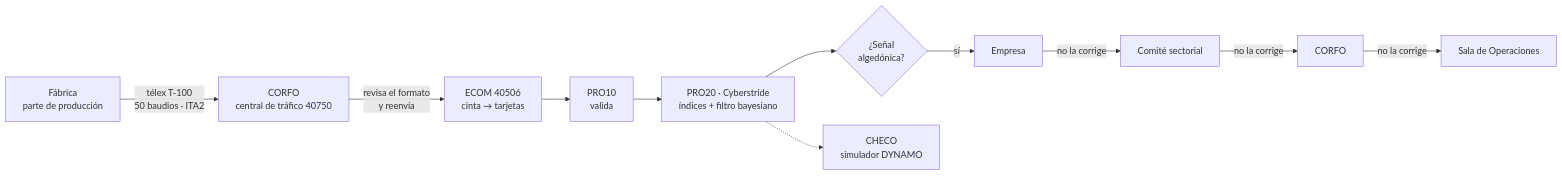
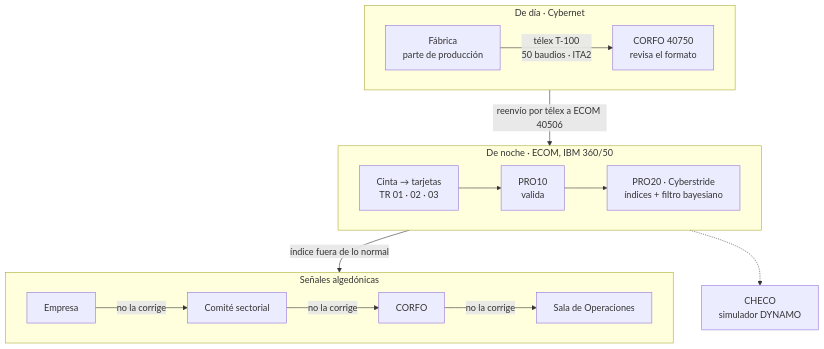
Before and after one commit to franciscoaldun/synco: the diagram in README.md, drawn with Mermaid.

Commit message:
README: diagrama del ciclo diario en tres filas para que se lea

````diff
--- a/README.md
+++ b/README.md
@@ -117,13 +117,18 @@
 ```mermaid
-flowchart LR
-    F["Fábrica<br/>parte de producción"] -- "télex T-100<br/>50 baudios · ITA2" --> C["CORFO<br/>central de tráfico 40750"]
-    C -- "revisa el formato<br/>y reenvía" --> E["ECOM 40506<br/>cinta → tarjetas"]
-    E --> P10["PRO10<br/>valida"]
-    P10 --> P20["PRO20 · Cyberstride<br/>índices + filtro bayesiano"]
-    P20 --> S{"¿Señal<br/>algedónica?"}
-    S -- "sí" --> N1["Empresa"]
-    N1 -- "no la corrige" --> N2["Comité sectorial"]
-    N2 -- "no la corrige" --> N3["CORFO"]
-    N3 -- "no la corrige" --> N4["Sala de Operaciones"]
-    P20 -.-> CH["CHECO<br/>simulador DYNAMO"]
+flowchart TD
+    subgraph D1 ["De día · Cybernet"]
+        direction LR
+        F["Fábrica<br/>parte de producción"] -- "télex T-100<br/>50 baudios · ITA2" --> C["CORFO 40750<br/>revisa el formato"]
+    end
+    subgraph D2 ["De noche · ECOM, IBM 360/50"]
+        direction LR
+        E["Cinta → tarjetas<br/>TR 01 · 02 · 03"] --> P10["PRO10<br/>valida"] --> P20["PRO20 · Cyberstride<br/>índices + filtro bayesiano"]
+    end
+    subgraph D3 ["Señales algedónicas"]
+        direction LR
+        N1["Empresa"] -- "no la corrige" --> N2["Comité sectorial"] -- "no la corrige" --> N3["CORFO"] -- "no la corrige" --> N4["Sala de Operaciones"]
+    end
+    D1 -- "reenvío por télex a ECOM 40506" --> D2
+    D2 -- "índice fuera de lo normal" --> D3
+    D2 -.-> CH["CHECO<br/>simulador DYNAMO"]
 ```
````
